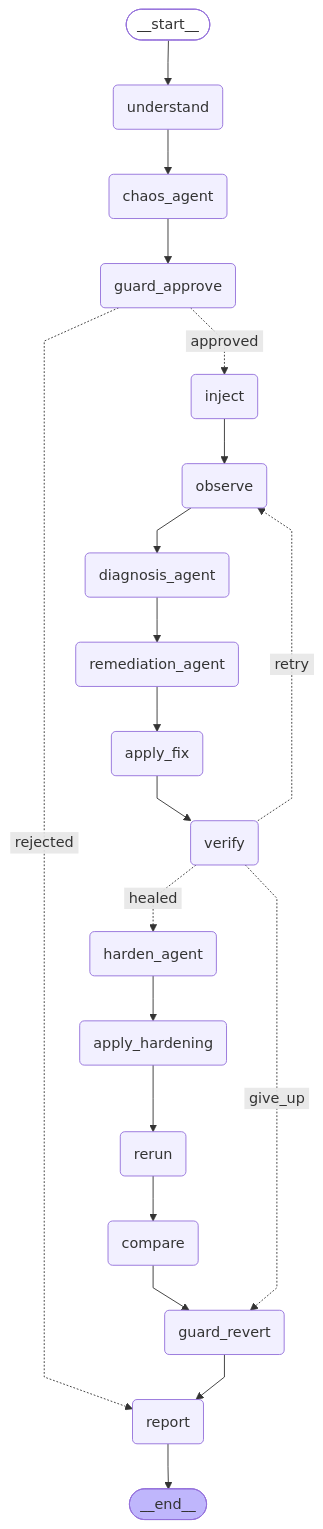
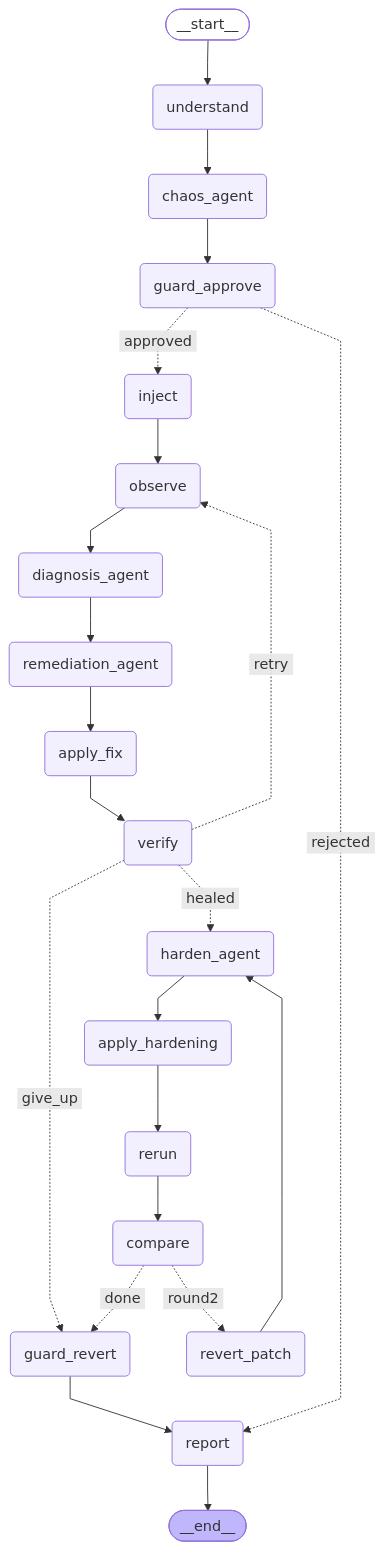
The diagram in docs/heal_graph.mmd (ThanayBallal/chaos-agent), drawn with Mermaid before and after one commit. The commit also changed 4 other files, not shown here.

```diff
--- a/docs/heal_graph.mmd
+++ b/docs/heal_graph.mmd
@@ -1,45 +1,48 @@
 ---
 config:
   flowchart:
     curve: linear
 ---
 graph TD;
 	__start__([<p>__start__</p>]):::first
 	understand(understand)
 	chaos_agent(chaos_agent)
 	guard_approve(guard_approve)
 	inject(inject)
 	observe(observe)
 	diagnosis_agent(diagnosis_agent)
 	remediation_agent(remediation_agent)
 	apply_fix(apply_fix)
 	verify(verify)
 	guard_revert(guard_revert)
 	harden_agent(harden_agent)
 	apply_hardening(apply_hardening)
 	rerun(rerun)
 	compare(compare)
+	revert_patch(revert_patch)
 	report(report)
 	__end__([<p>__end__</p>]):::last
 	__start__ --> understand;
 	apply_fix --> verify;
 	apply_hardening --> rerun;
 	chaos_agent --> guard_approve;
-	compare --> guard_revert;
+	compare -. &nbsp;done&nbsp; .-> guard_revert;
+	compare -. &nbsp;round2&nbsp; .-> revert_patch;
 	diagnosis_agent --> remediation_agent;
 	guard_approve -. &nbsp;approved&nbsp; .-> inject;
 	guard_approve -. &nbsp;rejected&nbsp; .-> report;
 	guard_revert --> report;
 	harden_agent --> apply_hardening;
 	inject --> observe;
 	observe --> diagnosis_agent;
 	remediation_agent --> apply_fix;
 	rerun --> compare;
+	revert_patch --> harden_agent;
 	understand --> chaos_agent;
 	verify -. &nbsp;give_up&nbsp; .-> guard_revert;
 	verify -. &nbsp;healed&nbsp; .-> harden_agent;
 	verify -. &nbsp;retry&nbsp; .-> observe;
 	report --> __end__;
 	classDef default fill:#f2f0ff,line-height:1.2
 	classDef first fill-opacity:0
 	classDef last fill:#bfb6fc
```
